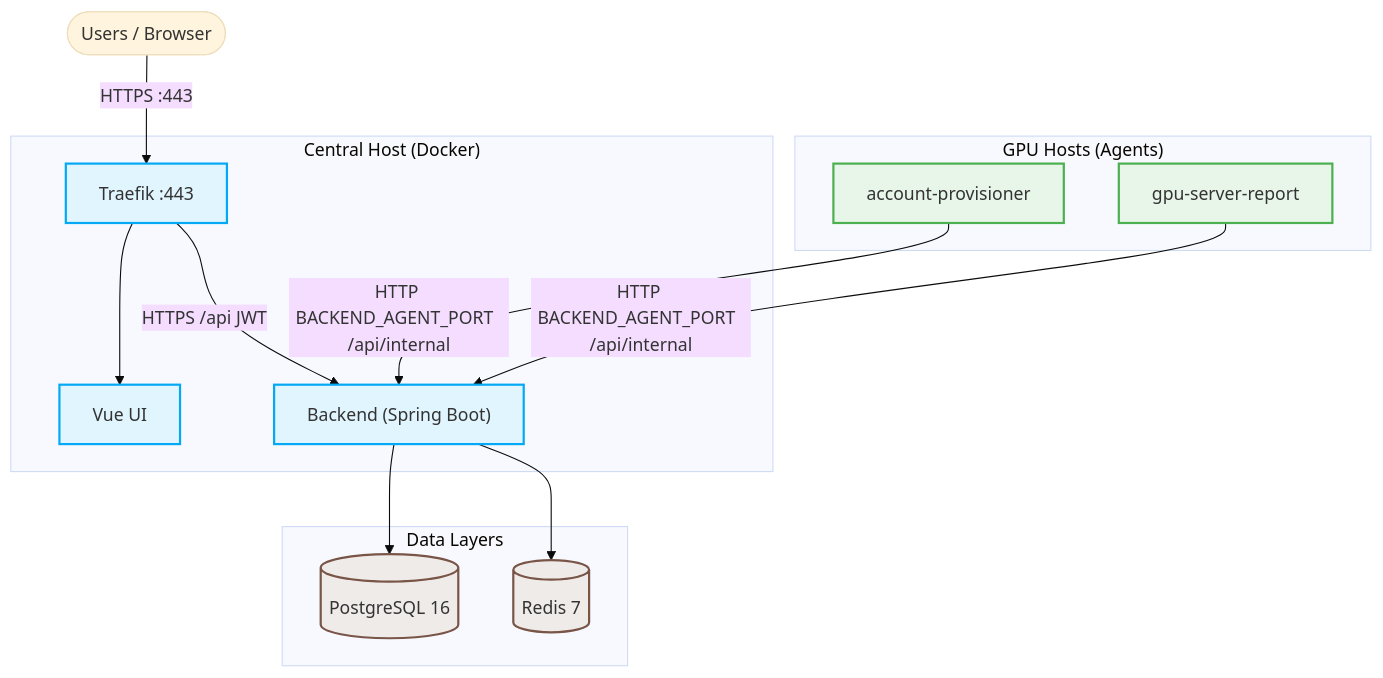
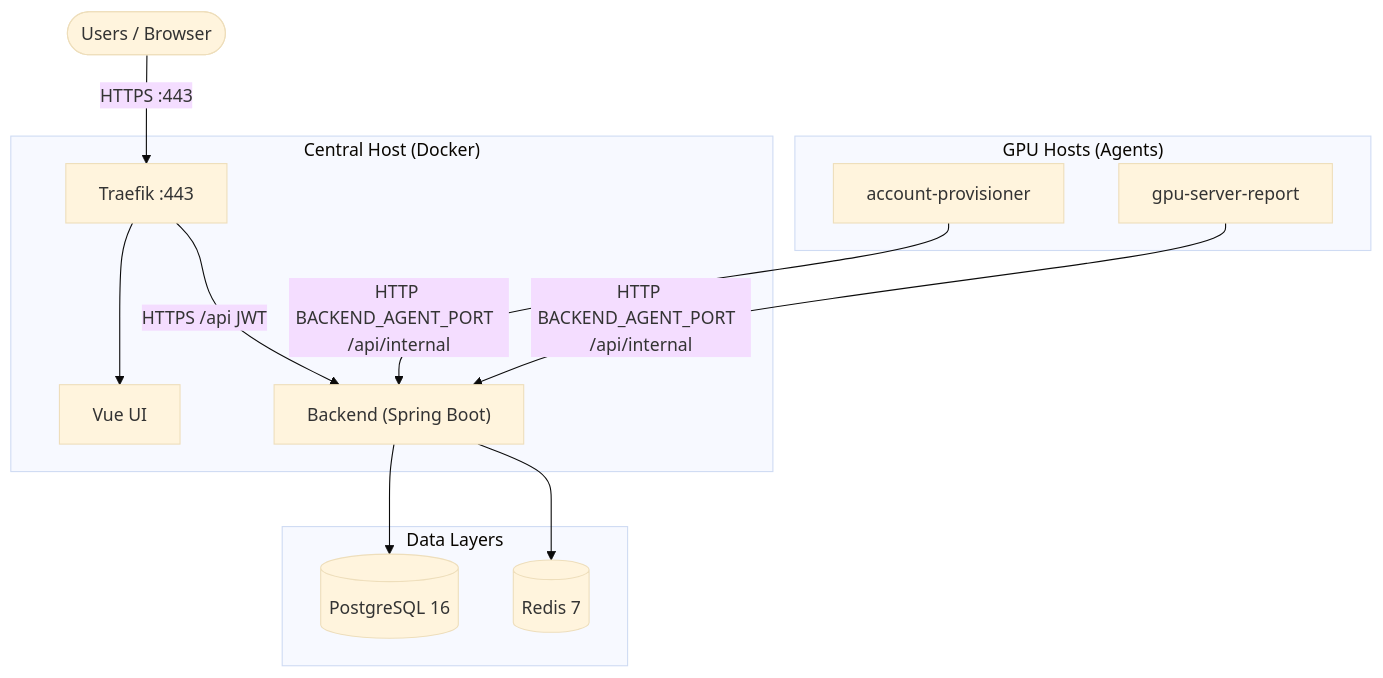
Before and after one commit to zeroDtree/server-manager: the diagram in README.md, drawn with Mermaid (base theme). The commit also changed other lines of this file, not shown here.

````diff
--- a/README.md
+++ b/README.md
@@ -18,35 +5,28 @@
 ```mermaid
 flowchart TB
   Browser(["Users / Browser"])
 
   subgraph central ["Central Host (Docker)"]
     Traefik["Traefik :443"]
     UI["Vue UI"]
     Backend["Backend (Spring Boot)"]
     Traefik --> UI
     Traefik -->|"HTTPS /api JWT"| Backend
   end
 
   subgraph data ["Data Layers"]
     PG[("PostgreSQL 16")]
     RD[("Redis 7")]
   end
 
   subgraph agents ["GPU Hosts (Agents)"]
     Prov["account-provisioner"]
     Rep["gpu-server-report"]
   end
 
   Browser -->|"HTTPS :443"| Traefik
   Backend --> PG
   Backend --> RD
   Prov -->|"HTTP BACKEND_AGENT_PORT  /api/internal"| Backend
   Rep -->|"HTTP BACKEND_AGENT_PORT  /api/internal"| Backend
-
-  classDef central fill:#e1f5fe,stroke:#03a9f4,stroke-width:2px
-  classDef data fill:#efebe9,stroke:#795548,stroke-width:2px
-  classDef agents fill:#e8f5e9,stroke:#4caf50,stroke-width:2px
-  class Traefik,UI,Backend central
-  class PG,RD data
-  class Prov,Rep agents
 ```
````
